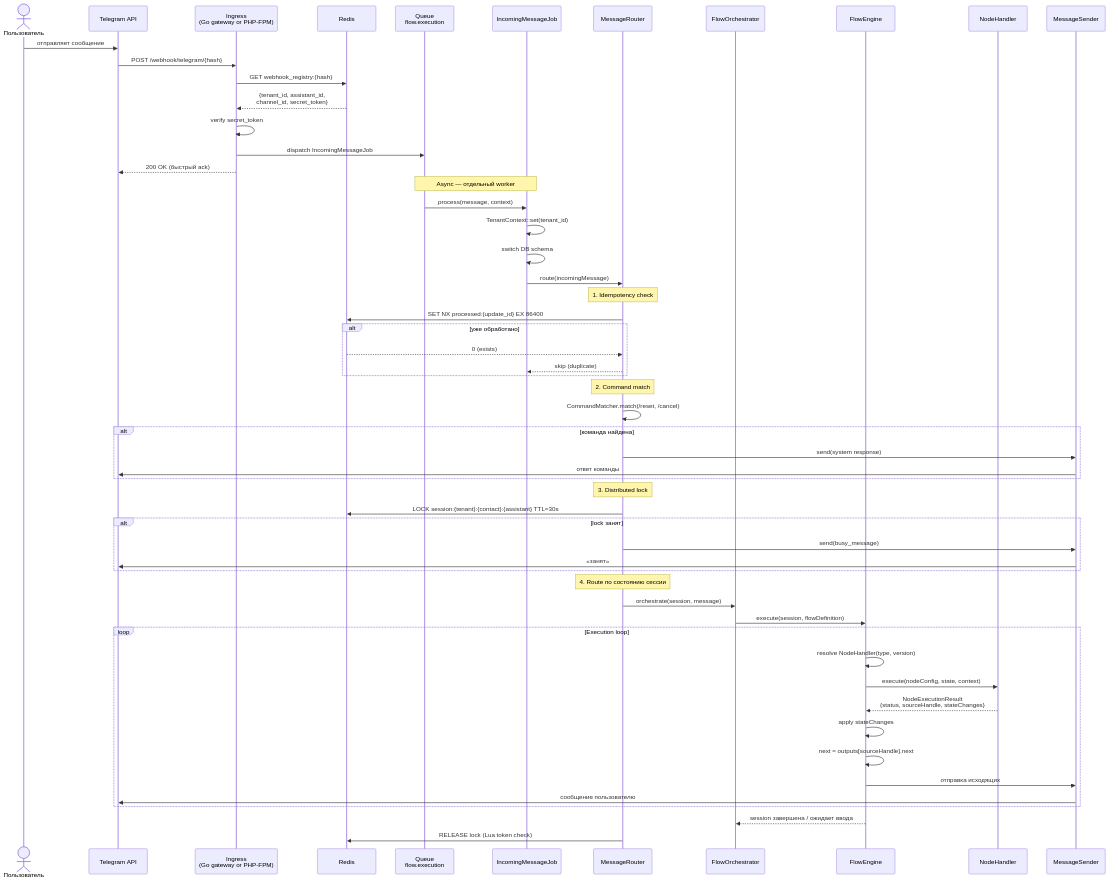
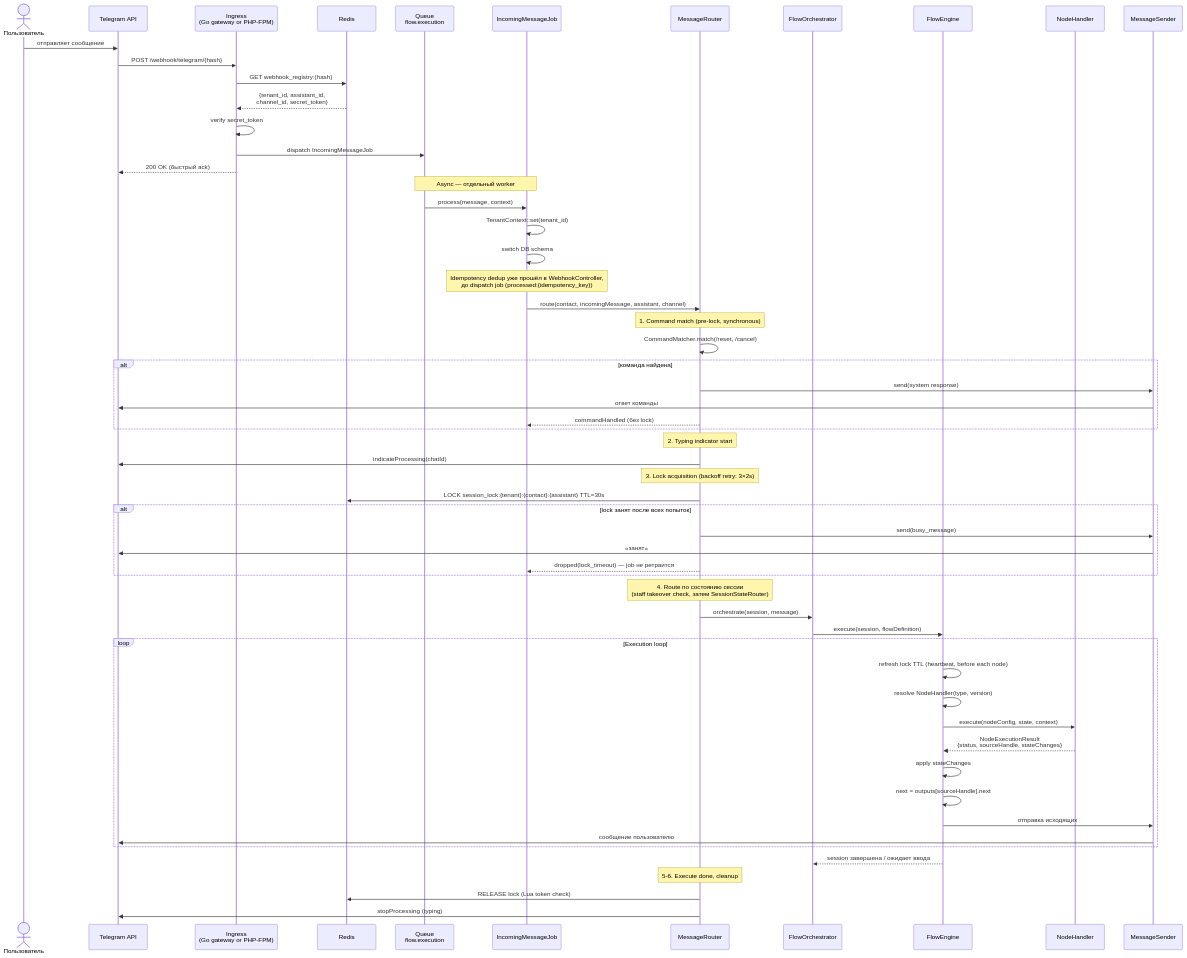
One commit to fapost-lab/core changed the diagram in docs/reference/diagrams/01-webhook-pipeline.md. Above: the diagram before and after it, drawn with Mermaid. The commit also changed other lines of this file and 29 other files, not shown here.

````diff
--- a/docs/reference/diagrams/01-webhook-pipeline.md
+++ b/docs/reference/diagrams/01-webhook-pipeline.md
@@ -5,72 +5,75 @@
 ```mermaid
 sequenceDiagram
     actor U as Пользователь
     participant TG as Telegram API
     participant WC as Ingress<br/>(Go gateway or PHP-FPM)
     participant RD as Redis
     participant Q as Queue<br/>flow.execution
     participant J as IncomingMessageJob
     participant MR as MessageRouter
     participant FO as FlowOrchestrator
     participant FE as FlowEngine
     participant NH as NodeHandler
     participant MS as MessageSender
 
     U->>TG: отправляет сообщение
     TG->>WC: POST /webhook/telegram/{hash}
 
     WC->>RD: GET webhook_registry:{hash}
     RD-->>WC: {tenant_id, assistant_id,<br/>channel_id, secret_token}
 
     WC->>WC: verify secret_token
     WC->>Q: dispatch IncomingMessageJob
     WC-->>TG: 200 OK (быстрый ack)
 
     Note over Q,J: Async — отдельный worker
 
     Q->>J: process(message, context)
     J->>J: TenantContext::set(tenant_id)
     J->>J: switch DB schema
 
-    J->>MR: route(incomingMessage)
+    Note over J: Idempotency dedup уже прошёл в WebhookController,<br/>до dispatch job (processed:{idempotency_key})
 
-    Note over MR: 1. Idempotency check
-    MR->>RD: SET NX processed:{update_id} EX 86400
-    alt уже обработано
-        RD-->>MR: 0 (exists)
-        MR-->>J: skip (duplicate)
-    end
+    J->>MR: route(contact, incomingMessage, assistant, channel)
 
-    Note over MR: 2. Command match
+    Note over MR: 1. Command match (pre-lock, synchronous)
     MR->>MR: CommandMatcher.match(/reset, /cancel)
     alt команда найдена
         MR->>MS: send(system response)
         MS->>TG: ответ команды
+        MR-->>J: commandHandled (без lock)
     end
 
-    Note over MR: 3. Distributed lock
-    MR->>RD: LOCK session:{tenant}:{contact}:{assistant} TTL=30s
-    alt lock занят
+    Note over MR: 2. Typing indicator start
+    MR->>TG: indicateProcessing(chatId)
+
+    Note over MR: 3. Lock acquisition (backoff retry: 3×2s)
+    MR->>RD: LOCK session_lock:{tenant}:{contact}:{assistant} TTL=30s
+    alt lock занят после всех попыток
         MR->>MS: send(busy_message)
         MS->>TG: «занят»
+        MR-->>J: dropped(lock_timeout) — job не ретраится
     end
 
-    Note over MR: 4. Route по состоянию сессии
+    Note over MR: 4. Route по состоянию сессии<br/>(staff takeover check, затем SessionStateRouter)
     MR->>FO: orchestrate(session, message)
 
     FO->>FE: execute(session, flowDefinition)
 
     loop Execution loop
+        FE->>FE: refresh lock TTL (heartbeat, before each node)
         FE->>FE: resolve NodeHandler(type, version)
         FE->>NH: execute(nodeConfig, state, context)
         NH-->>FE: NodeExecutionResult<br/>{status, sourceHandle, stateChanges}
         FE->>FE: apply stateChanges
         FE->>FE: next = outputs[sourceHandle].next
         FE->>MS: отправка исходящих
         MS->>TG: сообщение пользователю
     end
 
     FE-->>FO: session завершена / ожидает ввода
 
+    Note over MR: 5-6. Execute done, cleanup
     MR->>RD: RELEASE lock (Lua token check)
+    MR->>TG: stopProcessing (typing)
 ```
````
